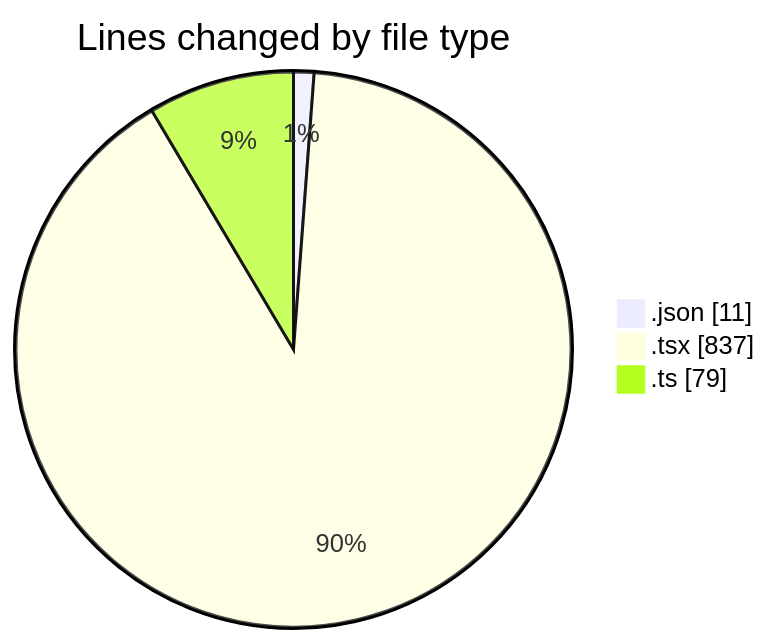
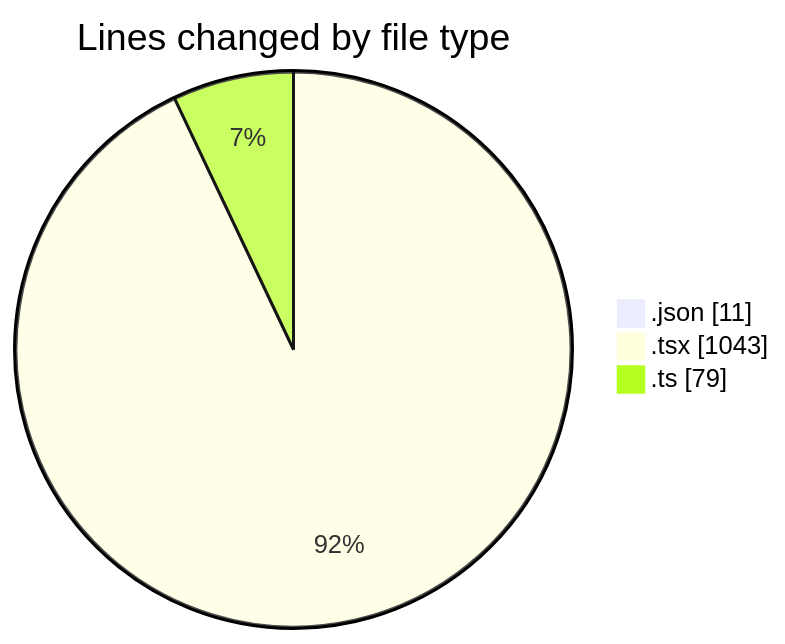
Before and after one commit to donsfak/code-tracking: the first of 2 diagrams in 2026-10-06/portofolio-main/README.md, drawn with Mermaid. The commit also changed other lines of this file and 1 other file, not shown here.

````diff
--- a/2026-10-06/portofolio-main/README.md
+++ b/2026-10-06/portofolio-main/README.md
@@ -22,7 +23,7 @@
 ```mermaid
 pie showData
 title Lines changed by file type
 ".json" : 11
-".tsx" : 837
+".tsx" : 1043
 ".ts" : 79
 ```
````
